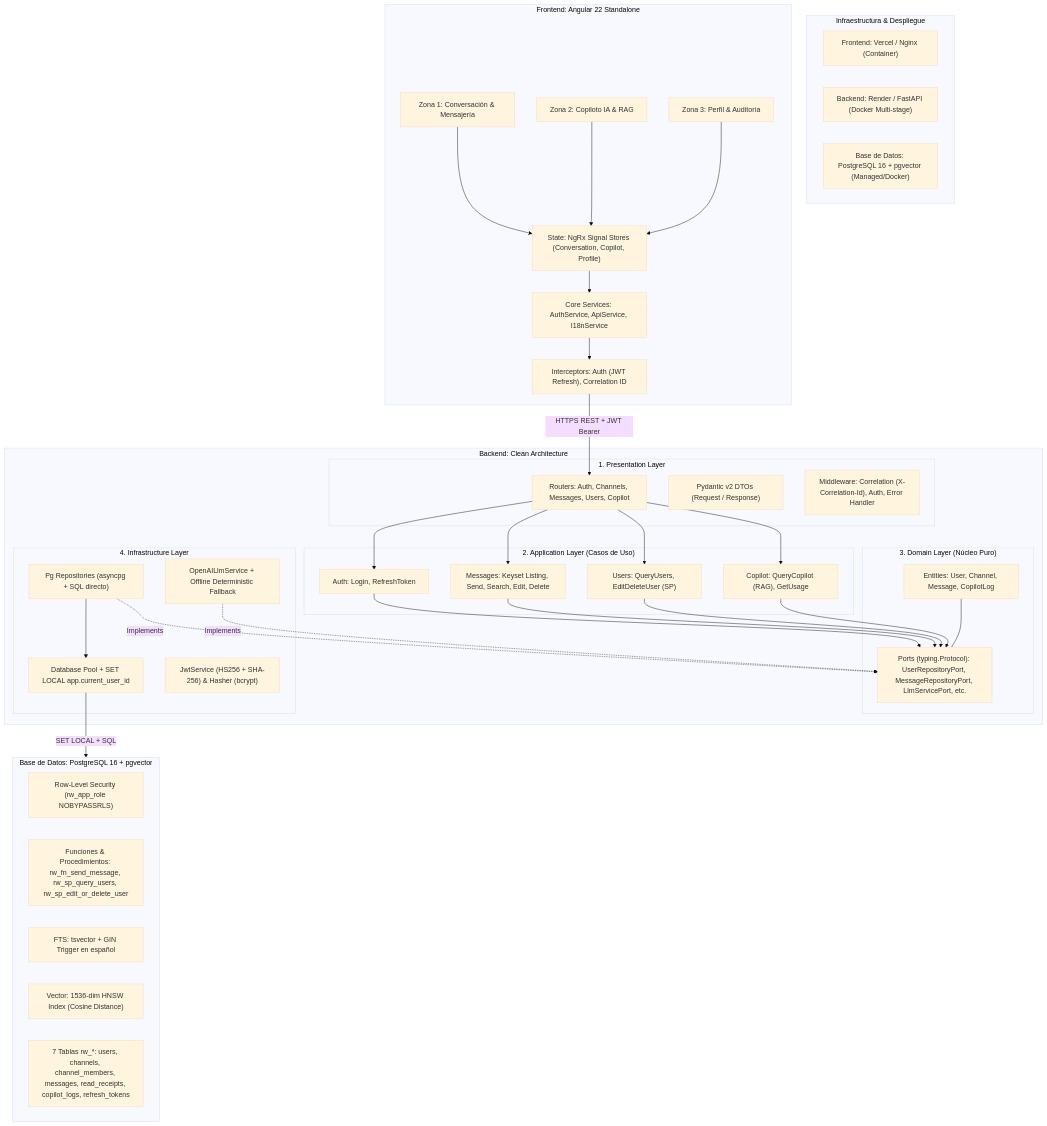
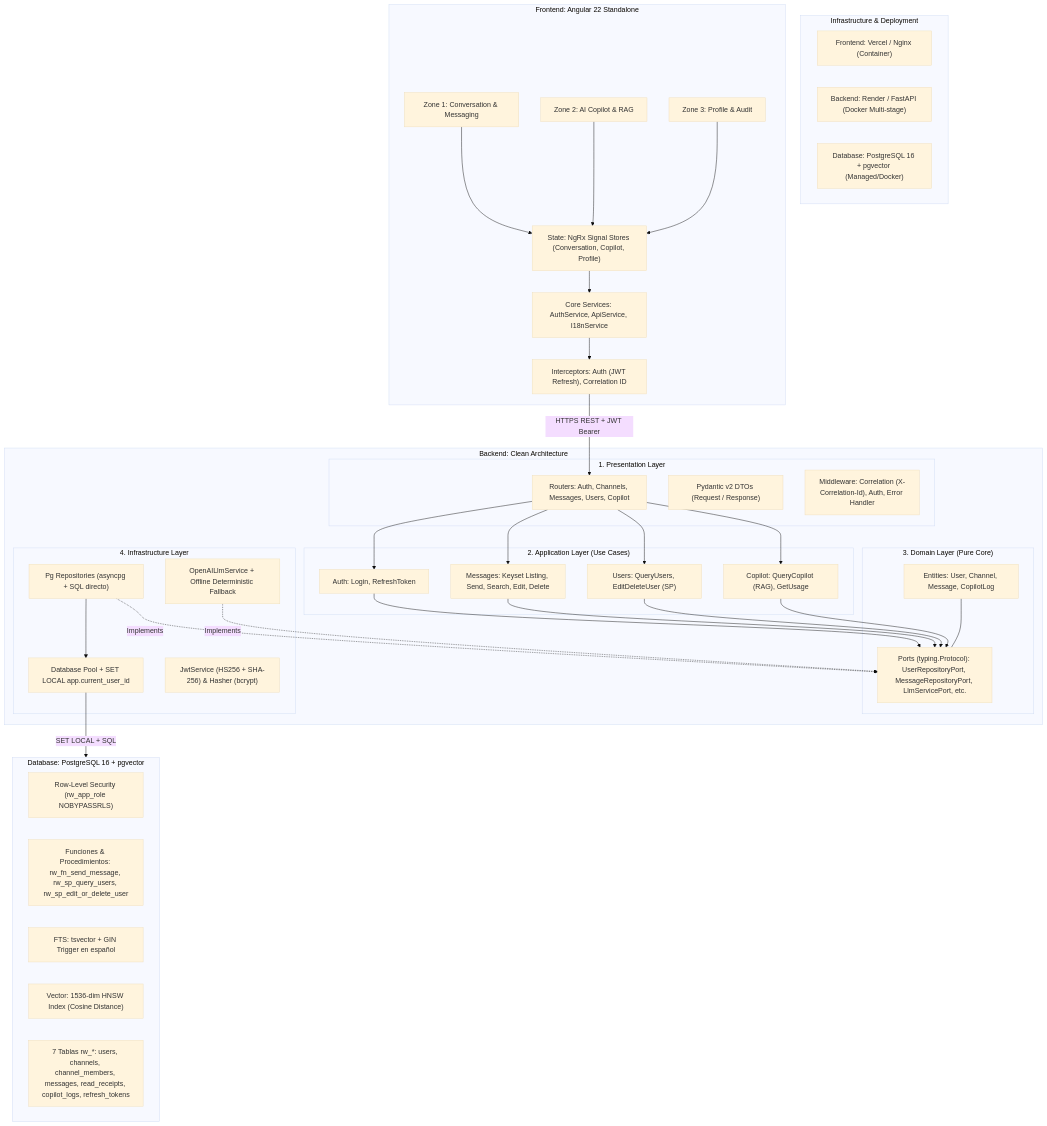
One commit to sanzmunoz/chat_consultas changed the first of 3 diagrams in ARCHITECTURE.md. Above: the diagram before and after it, drawn with Mermaid (base theme). The commit also changed other lines of this file and 2 other files, not shown here.

````diff
--- a/ARCHITECTURE.md
+++ b/ARCHITECTURE.md
@@ -13,69 +13,69 @@
 ```mermaid
 graph TB
-    subgraph CloudDeployment ["Infraestructura & Despliegue"]
+    subgraph CloudDeployment ["Infrastructure & Deployment"]
         FE_HOST["Frontend: Vercel / Nginx (Container)"]
         BE_HOST["Backend: Render / FastAPI (Docker Multi-stage)"]
-        DB_HOST["Base de Datos: PostgreSQL 16 + pgvector (Managed/Docker)"]
+        DB_HOST["Database: PostgreSQL 16 + pgvector (Managed/Docker)"]
     end
 
     subgraph FrontendArchitecture ["Frontend: Angular 22 Standalone"]
-        UI_Z1["Zona 1: Conversación & Mensajería"]
-        UI_Z2["Zona 2: Copiloto IA & RAG"]
-        UI_Z3["Zona 3: Perfil & Auditoría"]
+        UI_Z1["Zone 1: Conversation & Messaging"]
+        UI_Z2["Zone 2: AI Copilot & RAG"]
+        UI_Z3["Zone 3: Profile & Audit"]
         NGRX_S["State: NgRx Signal Stores (Conversation, Copilot, Profile)"]
         CORE_SVC["Core Services: AuthService, ApiService, I18nService"]
         INTERCEPTORS["Interceptors: Auth (JWT Refresh), Correlation ID"]
     end
 
     subgraph BackendArchitecture ["Backend: Clean Architecture"]
         subgraph PresentationLayer ["1. Presentation Layer"]
             ROUTERS["Routers: Auth, Channels, Messages, Users, Copilot"]
             SCHEMAS["Pydantic v2 DTOs (Request / Response)"]
             MIDDLEWARE["Middleware: Correlation (X-Correlation-Id), Auth, Error Handler"]
         end
 
-        subgraph ApplicationLayer ["2. Application Layer (Casos de Uso)"]
+        subgraph ApplicationLayer ["2. Application Layer (Use Cases)"]
             UC_AUTH["Auth: Login, RefreshToken"]
             UC_MSG["Messages: Keyset Listing, Send, Search, Edit, Delete"]
             UC_USER["Users: QueryUsers, EditDeleteUser (SP)"]
             UC_COP["Copilot: QueryCopilot (RAG), GetUsage"]
         end
 
-        subgraph DomainLayer ["3. Domain Layer (Núcleo Puro)"]
+        subgraph DomainLayer ["3. Domain Layer (Pure Core)"]
             ENTITIES["Entities: User, Channel, Message, CopilotLog"]
             PORTS["Ports (typing.Protocol): UserRepositoryPort, MessageRepositoryPort, LlmServicePort, etc."]
         end
 
         subgraph InfrastructureLayer ["4. Infrastructure Layer"]
             REPO_PG["Pg Repositories (asyncpg + SQL directo)"]
             SEC_PG["Database Pool + SET LOCAL app.current_user_id"]
             LLM_SVC["OpenAILlmService + Offline Deterministic Fallback"]
             AUTH_SVC["JwtService (HS256 + SHA-256) & Hasher (bcrypt)"]
         end
     end
 
-    subgraph DatabaseLayer ["Base de Datos: PostgreSQL 16 + pgvector"]
+    subgraph DatabaseLayer ["Database: PostgreSQL 16 + pgvector"]
         RLS_POL["Row-Level Security (rw_app_role NOBYPASSRLS)"]
         PROC_FN["Funciones & Procedimientos: rw_fn_send_message, rw_sp_query_users, rw_sp_edit_or_delete_user"]
         FTS_TRG["FTS: tsvector + GIN Trigger en español"]
         VEC_IDX["Vector: 1536-dim HNSW Index (Cosine Distance)"]
         TABLES["7 Tablas rw_*: users, channels, channel_members, messages, read_receipts, copilot_logs, refresh_tokens"]
     end
 
-    %% Conexiones Frontend -> Backend
+    %% Frontend -> Backend connections
     UI_Z1 --> NGRX_S
     UI_Z2 --> NGRX_S
     UI_Z3 --> NGRX_S
     NGRX_S --> CORE_SVC
     CORE_SVC --> INTERCEPTORS
     INTERCEPTORS -- "HTTPS REST + JWT Bearer" --> ROUTERS
 
-    %% Flujo interno Backend
+    %% Internal backend flow
     ROUTERS --> UC_AUTH & UC_MSG & UC_USER & UC_COP
     UC_AUTH & UC_MSG & UC_USER & UC_COP --> PORTS
     ENTITIES --- PORTS
     REPO_PG -.->|Implements| PORTS
     LLM_SVC -.->|Implements| PORTS
     REPO_PG --> SEC_PG
     SEC_PG -- "SET LOCAL + SQL" --> DatabaseLayer
 ```
````
